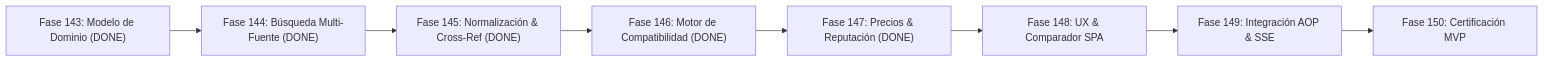
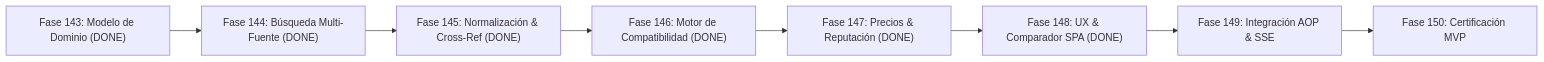
Before and after one commit to johangonzahenri/ai-operating-platform: the third of 4 diagrams in docs/MASTER_WORK_PLAN.md, drawn with Mermaid. The commit also changed other lines of this file and 29 other files, not shown here.

````diff
--- a/docs/MASTER_WORK_PLAN.md
+++ b/docs/MASTER_WORK_PLAN.md
@@ -711,10 +752,10 @@
 ```mermaid
 flowchart LR
     F143["Fase 143: Modelo de Dominio (DONE)"] --> F144["Fase 144: Búsqueda Multi-Fuente (DONE)"]
     F144 --> F145["Fase 145: Normalización & Cross-Ref (DONE)"]
     F145 --> F146["Fase 146: Motor de Compatibilidad (DONE)"]
     F146 --> F147["Fase 147: Precios & Reputación (DONE)"]
-    F147 --> F148["Fase 148: UX & Comparador SPA"]
+    F147 --> F148["Fase 148: UX & Comparador SPA (DONE)"]
     F148 --> F149["Fase 149: Integración AOP & SSE"]
     F149 --> F150["Fase 150: Certificación MVP"]
 ```
````
